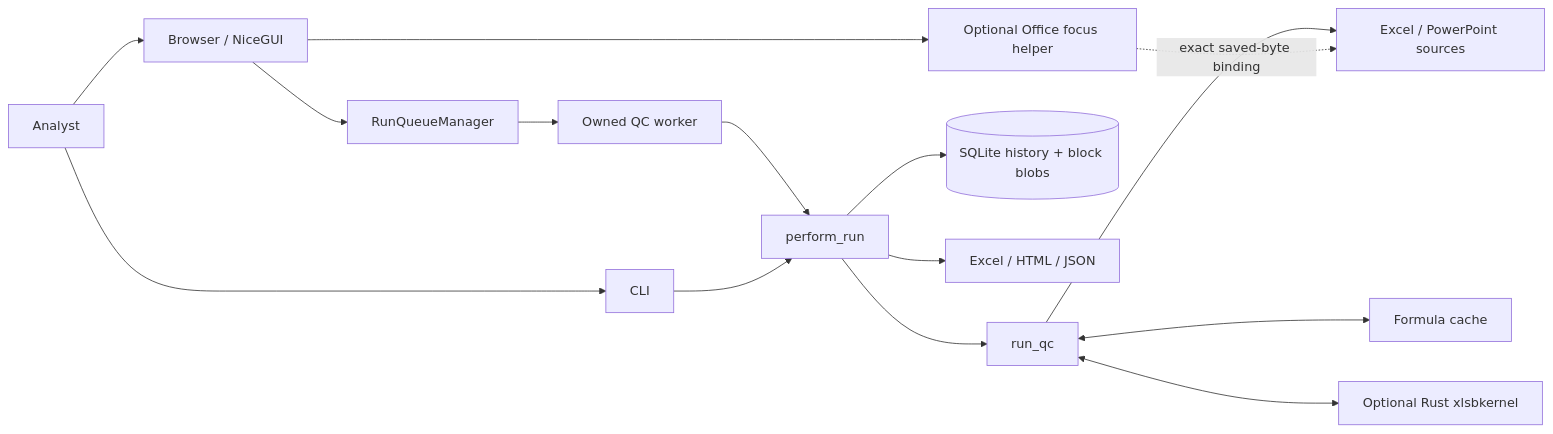
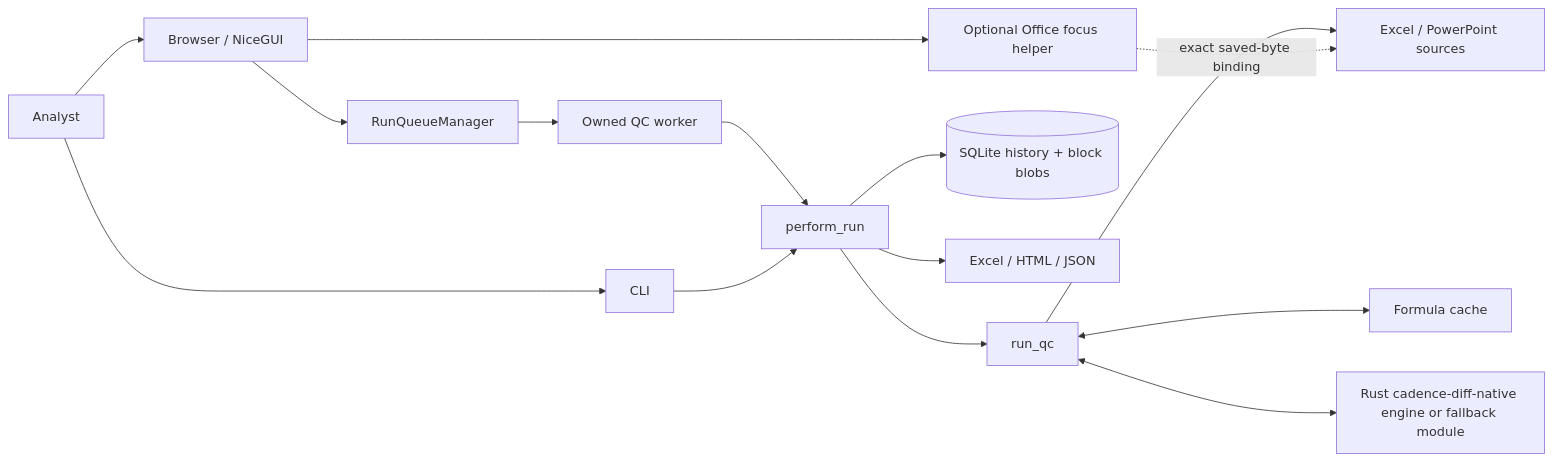
Before and after one commit to rai-himanshu07/cadence-diff: the first of 5 diagrams in architecture.md, drawn with Mermaid. The commit also changed other lines of this file and 68 other files, not shown here.

Commit message:
feat: prepare cadence-diff 2.0 release candidate

````diff
--- a/architecture.md
+++ b/architecture.md
@@ -48,29 +48,29 @@
 ```mermaid
 flowchart LR
     Analyst[Analyst]
     Browser[Browser / NiceGUI]
     CLI[CLI]
     Queue[RunQueueManager]
     Worker[Owned QC worker]
     Service[perform_run]
     Engine[run_qc]
     Inputs[Excel / PowerPoint sources]
     Cache[Formula cache]
     History[(SQLite history + block blobs)]
     Reports[Excel / HTML / JSON]
     Focus[Optional Office focus helper]
-    Native[Optional Rust xlsbkernel]
+    Native[Rust cadence-diff-native engine or fallback module]
 
     Analyst --> Browser
     Analyst --> CLI
     Browser --> Queue --> Worker --> Service
     CLI --> Service
     Service --> Engine
     Engine --> Inputs
     Engine <--> Cache
     Engine <--> Native
     Service --> History
     Service --> Reports
     Browser --> Focus
     Focus -. exact saved-byte binding .-> Inputs
 ```
````
